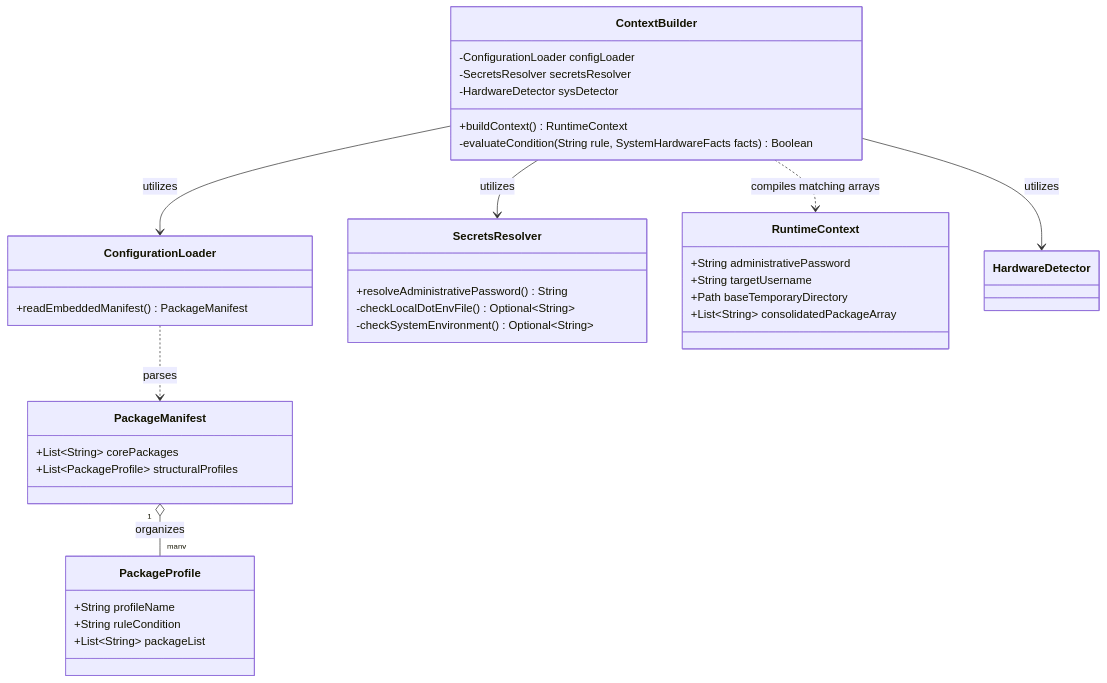
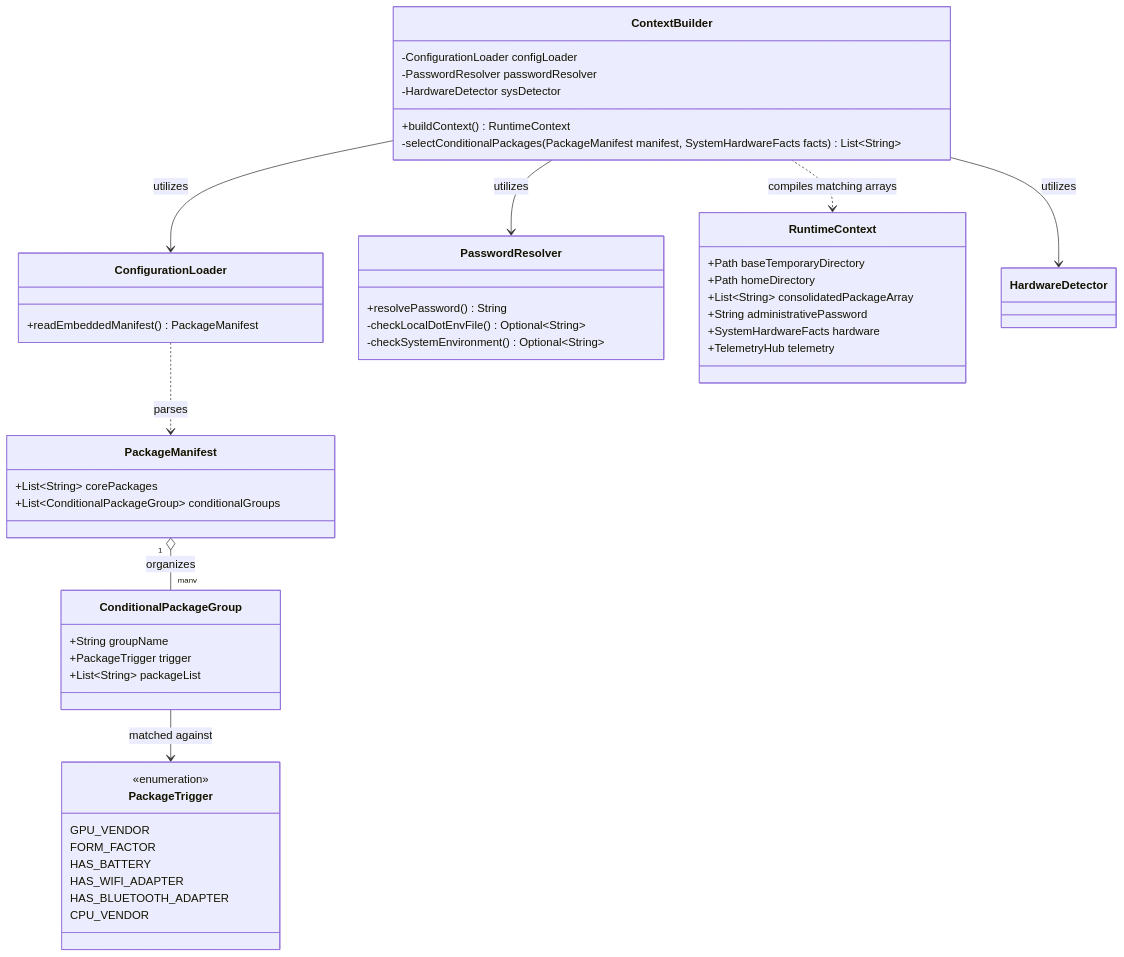
One commit to FilippoGurioli/nirioly changed the third of 4 diagrams in docs/phase-1/design.md. Above: the diagram before and after it, drawn with Mermaid. The commit also changed other lines of this file and 3 other files, not shown here.

````diff
--- a/docs/phase-1/design.md
+++ b/docs/phase-1/design.md
@@ -190,45 +217,58 @@
 ```mermaid
 classDiagram
     class ConfigurationLoader {
         +readEmbeddedManifest() PackageManifest
     }
 
-    class SecretsResolver {
-        +resolveAdministrativePassword() String
+    class PasswordResolver {
+        +resolvePassword() String
         -checkLocalDotEnvFile() Optional~String~
         -checkSystemEnvironment() Optional~String~
     }
 
-    class PackageProfile {
-        +String profileName
-        +String ruleCondition
+    class ConditionalPackageGroup {
+        +String groupName
+        +PackageTrigger trigger
         +List~String~ packageList
+    }
+
+    class PackageTrigger {
+        <<enumeration>>
+        GPU_VENDOR
+        FORM_FACTOR
+        HAS_BATTERY
+        HAS_WIFI_ADAPTER
+        HAS_BLUETOOTH_ADAPTER
+        CPU_VENDOR
     }
 
     class PackageManifest {
         +List~String~ corePackages
-        +List~PackageProfile~ structuralProfiles
+        +List~ConditionalPackageGroup~ conditionalGroups
     }
 
     class ContextBuilder {
         -ConfigurationLoader configLoader
-        -SecretsResolver secretsResolver
+        -PasswordResolver passwordResolver
         -HardwareDetector sysDetector
         +buildContext() RuntimeContext
-        -evaluateCondition(String rule, SystemHardwareFacts facts) Boolean
+        -selectConditionalPackages(PackageManifest manifest, SystemHardwareFacts facts) List~String~
     }
 
     class RuntimeContext {
+        +Path baseTemporaryDirectory
+        +Path homeDirectory
+        +List~String~ consolidatedPackageArray
         +String administrativePassword
-        +String targetUsername
-        +Path baseTemporaryDirectory
-        +List~String~ consolidatedPackageArray
+        +SystemHardwareFacts hardware
+        +TelemetryHub telemetry
     }
 
     ContextBuilder --> ConfigurationLoader : utilizes
-    ContextBuilder --> SecretsResolver : utilizes
+    ContextBuilder --> PasswordResolver : utilizes
     ContextBuilder --> HardwareDetector : utilizes
     ConfigurationLoader ..> PackageManifest : parses
-    PackageManifest "1" o-- "many" PackageProfile : organizes
+    PackageManifest "1" o-- "many" ConditionalPackageGroup : organizes
+    ConditionalPackageGroup --> PackageTrigger : matched against
     ContextBuilder ..> RuntimeContext : compiles matching arrays
 ```
````
